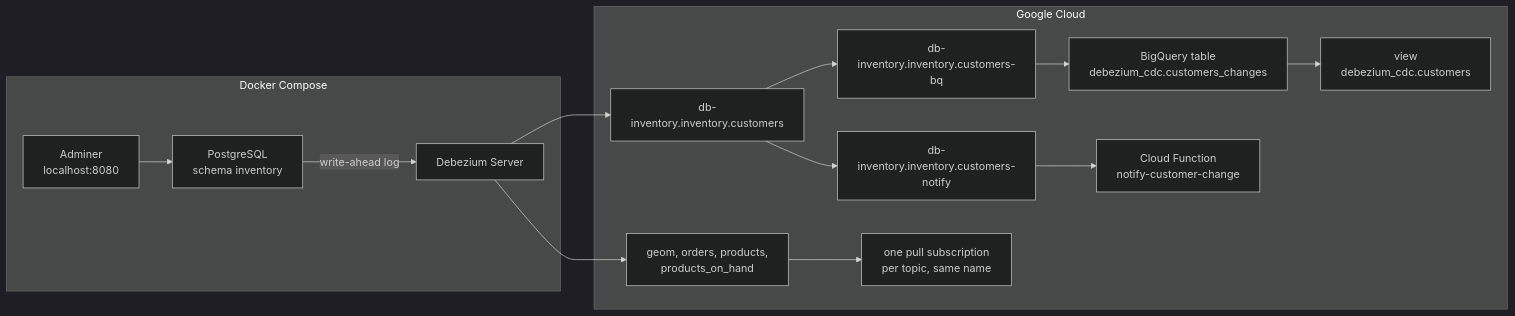
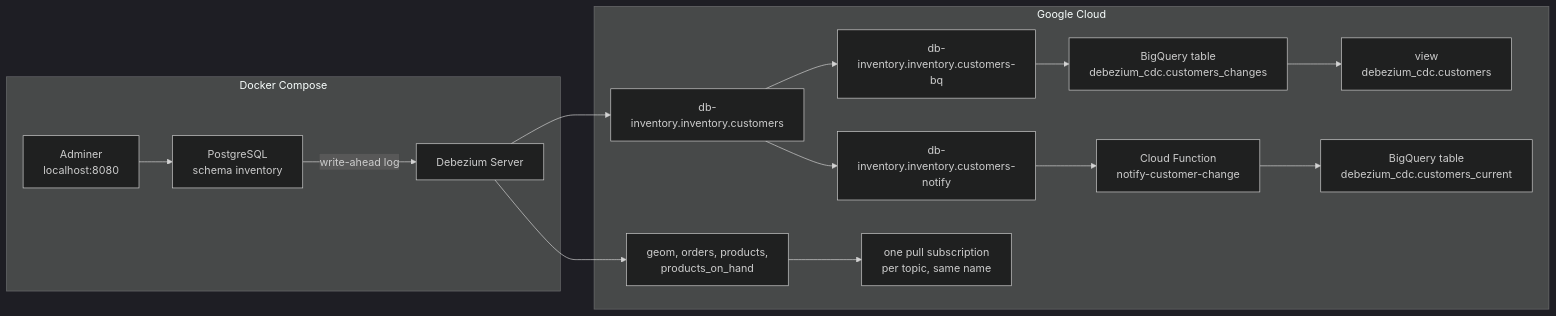
The second of 2 diagrams in README.md (Closer-Smart4/cdc-debezium-postgresql-pubsub), drawn with Mermaid (dark theme) before and after one commit. The commit also changed other lines of this file and 6 other files, not shown here.

Commit message:
Keep a BigQuery table with the same columns as inventory.customers so a query shows the current rows.

````diff
--- a/README.md
+++ b/README.md
@@ -141,22 +141,23 @@
 ```mermaid
 flowchart LR
   subgraph compose["Docker Compose"]
     adminer["Adminer<br/>localhost:8080"] --> db["PostgreSQL<br/>schema inventory"]
     db -->|"write-ahead log"| debezium["Debezium Server"]
   end
   subgraph gcp["Google Cloud"]
     customers["db-inventory.inventory.customers"]
     others["geom, orders, products,<br/>products_on_hand"]
     bqsub["db-inventory.inventory.customers-bq"]
     notify["db-inventory.inventory.customers-notify"]
     table["BigQuery table<br/>debezium_cdc.customers_changes"]
     view["view<br/>debezium_cdc.customers"]
     fn["Cloud Function<br/>notify-customer-change"]
+    current["BigQuery table<br/>debezium_cdc.customers_current"]
     pull["one pull subscription<br/>per topic, same name"]
   end
   debezium --> customers
   debezium --> others
   customers --> bqsub --> table --> view
-  customers --> notify --> fn
+  customers --> notify --> fn --> current
   others --> pull
 ```
````
